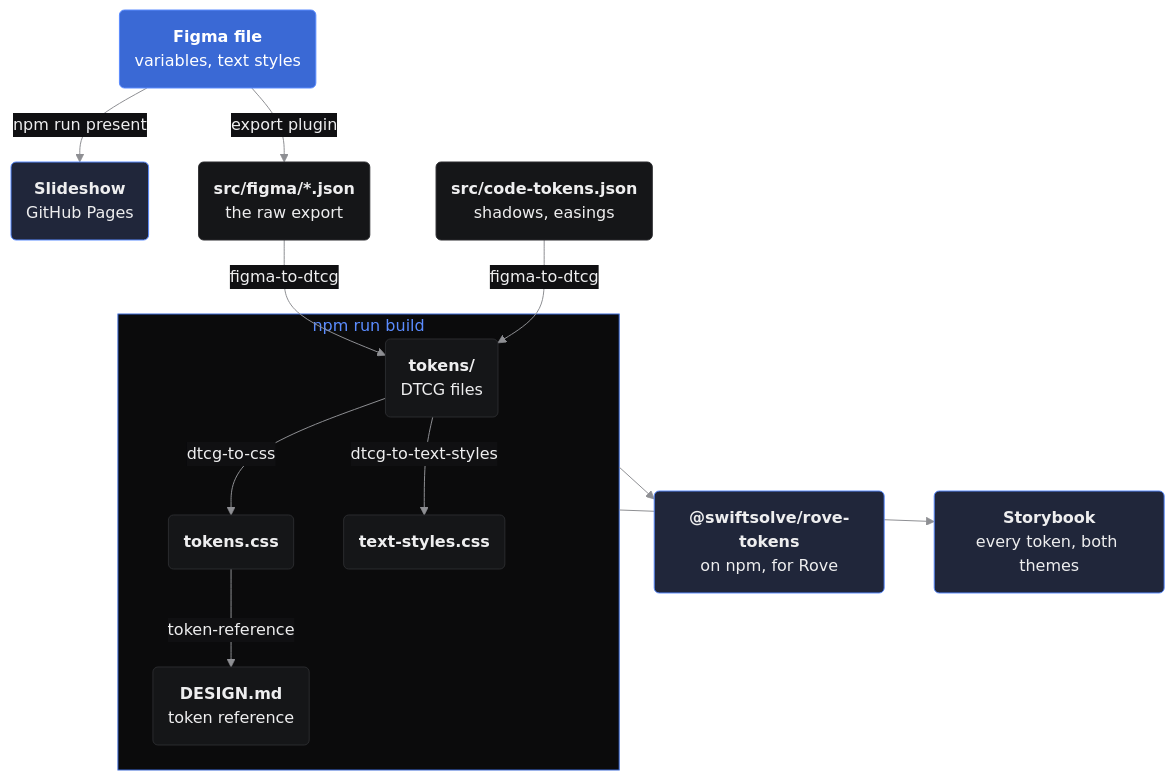
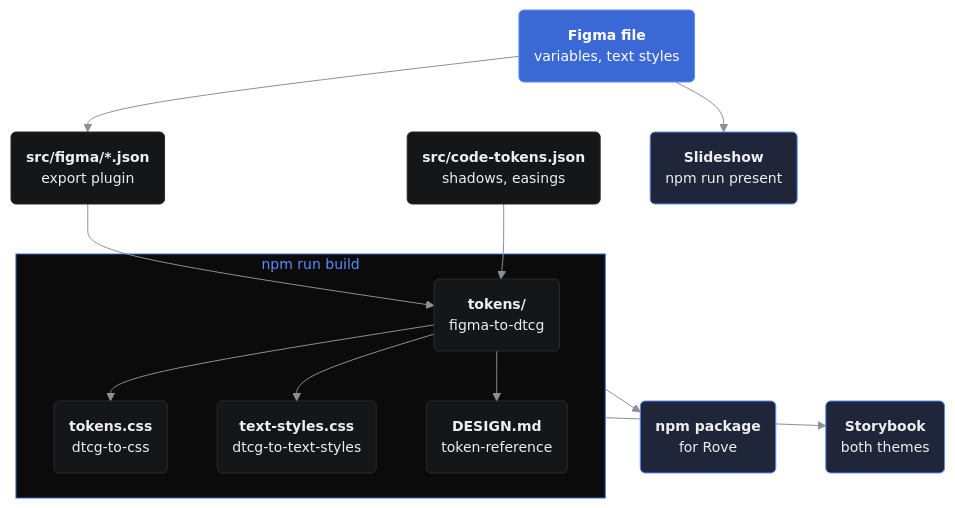
One commit to swiftsolve/rove-tokens changed the diagram in README.md. Above: the diagram before and after it, drawn with Mermaid. The commit also changed other lines of this file, not shown here.

Commit message:
docs: a shorter chart, and links to both hosted Storybooks

````diff
--- a/README.md
+++ b/README.md
@@ -38,30 +40,27 @@
 ```mermaid
-%%{init: {"theme": "base", "themeVariables": {"primaryColor": "#151618", "primaryTextColor": "#eeeeef", "primaryBorderColor": "#2b2c2f", "lineColor": "#8e8f93", "textColor": "#8e8f93", "edgeLabelBackground": "#101012", "clusterBkg": "#0b0b0c", "clusterBorder": "#3a69d5", "titleColor": "#5b8cff"}}}%%
+%%{init: {"theme": "base", "themeVariables": {"fontFamily": "Inter, -apple-system, Segoe UI, Helvetica, Arial, sans-serif", "fontSize": "14px", "primaryColor": "#151618", "primaryTextColor": "#eeeeef", "primaryBorderColor": "#2b2c2f", "lineColor": "#8e8f93", "clusterBkg": "#0b0b0c", "clusterBorder": "#3a69d5", "titleColor": "#5b8cff"}}}%%
 flowchart TD
   figma("<b>Figma file</b><br/>variables, text styles"):::source
-  slides("<b>Slideshow</b><br/>GitHub Pages"):::ship
-  exports("<b>src/figma/*.json</b><br/>the raw export"):::file
+  exports("<b>src/figma/*.json</b><br/>export plugin"):::file
   code("<b>src/code-tokens.json</b><br/>shadows, easings"):::file
+  slides("<b>Slideshow</b><br/>npm run present"):::ship
 
   subgraph build ["npm run build"]
-    dtcg("<b>tokens/</b><br/>DTCG files"):::file
-    css("<b>tokens.css</b>"):::file
-    textCss("<b>text-styles.css</b>"):::file
-    design("<b>DESIGN.md</b><br/>token reference"):::file
+    dtcg("<b>tokens/</b><br/>figma-to-dtcg"):::file
+    css("<b>tokens.css</b><br/>dtcg-to-css"):::file
+    textCss("<b>text-styles.css</b><br/>dtcg-to-text-styles"):::file
+    design("<b>DESIGN.md</b><br/>token-reference"):::file
   end
 
-  pkg("<b>@swiftsolve/rove-tokens</b><br/>on npm, for Rove"):::ship
-  storybook("<b>Storybook</b><br/>every token, both themes"):::ship
+  pkg("<b>npm package</b><br/>for Rove"):::ship
+  storybook("<b>Storybook</b><br/>both themes"):::ship
 
-  figma -- "export plugin" --> exports
-  figma -- "npm run present" --> slides
-  exports & code -- "figma-to-dtcg" --> dtcg
-  dtcg -- "dtcg-to-css" --> css
-  dtcg -- "dtcg-to-text-styles" --> textCss
-  css -- "token-reference" --> design
+  figma --> exports & slides
+  exports & code --> dtcg
+  dtcg --> css & textCss & design
   build --> pkg & storybook
 
   classDef source fill:#3a69d5,stroke:#5b8cff,color:#ffffff
   classDef file fill:#151618,stroke:#2b2c2f,color:#eeeeef
   classDef ship fill:#20263a,stroke:#5b8cff,color:#eeeeef
 ```
````
